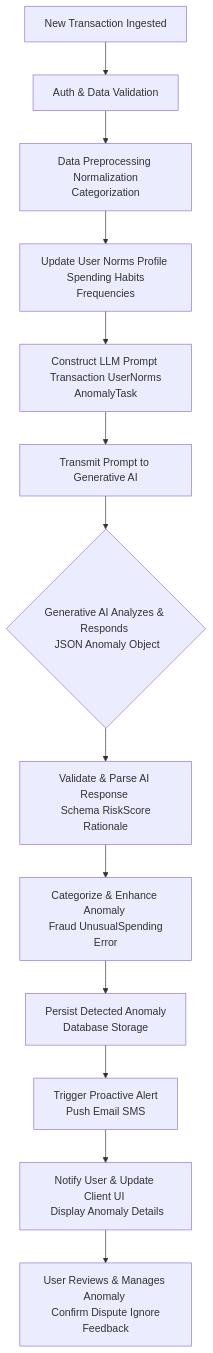
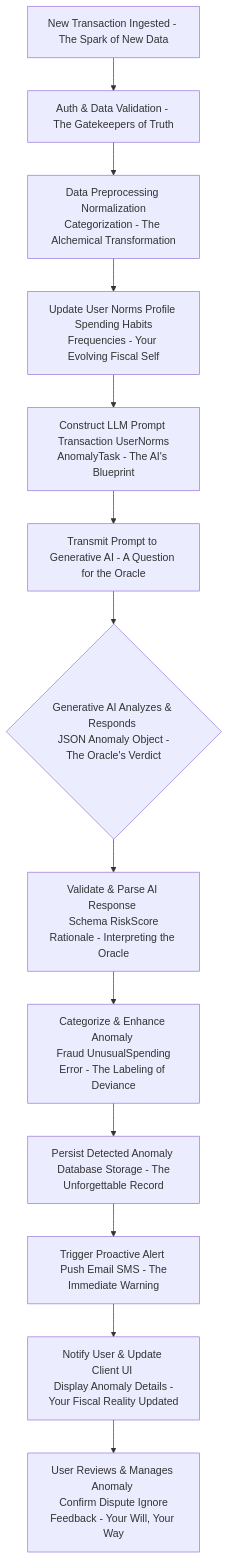
The second of 10 diagrams in inventions/inventions/006_ai_subscription_detection/009_ai_financial_anomaly_detection.md (diplomat-bit/Citibank_Demo_Business_Inc_Demonstration-), drawn with Mermaid before and after one commit. The commit also changed other lines of this file, not shown here.

````diff
--- a/inventions/inventions/006_ai_subscription_detection/009_ai_financial_anomaly_detection.md
+++ b/inventions/inventions/006_ai_subscription_detection/009_ai_financial_anomaly_detection.md
@@ -77,15 +77,15 @@
 ```mermaid
 graph TD
-    A[New Transaction Ingested] --> B[Auth & Data Validation]
-    B --> C[Data Preprocessing <br/> Normalization Categorization]
-    C --> D[Update User Norms Profile <br/> Spending Habits Frequencies]
-    D --> E[Construct LLM Prompt <br/> Transaction UserNorms AnomalyTask]
-    E --> F[Transmit Prompt to Generative AI]
-    F --> G{Generative AI Analyzes & Responds <br/> JSON Anomaly Object}
-    G --> H[Validate & Parse AI Response <br/> Schema RiskScore Rationale]
-    H --> I[Categorize & Enhance Anomaly <br/> Fraud UnusualSpending Error]
-    I --> J[Persist Detected Anomaly <br/> Database Storage]
-    J --> K[Trigger Proactive Alert <br/> Push Email SMS]
-    K --> L[Notify User & Update Client UI <br/> Display Anomaly Details]
-    L --> M[User Reviews & Manages Anomaly <br/> Confirm Dispute Ignore Feedback]
+    A[New Transaction Ingested - The Spark of New Data] --> B[Auth & Data Validation - The Gatekeepers of Truth]
+    B --> C[Data Preprocessing <br/> Normalization Categorization - The Alchemical Transformation]
+    C --> D[Update User Norms Profile <br/> Spending Habits Frequencies - Your Evolving Fiscal Self]
+    D --> E[Construct LLM Prompt <br/> Transaction UserNorms AnomalyTask - The AI's Blueprint]
+    E --> F[Transmit Prompt to Generative AI - A Question for the Oracle]
+    F --> G{Generative AI Analyzes & Responds <br/> JSON Anomaly Object - The Oracle's Verdict}
+    G --> H[Validate & Parse AI Response <br/> Schema RiskScore Rationale - Interpreting the Oracle]
+    H --> I[Categorize & Enhance Anomaly <br/> Fraud UnusualSpending Error - The Labeling of Deviance]
+    I --> J[Persist Detected Anomaly <br/> Database Storage - The Unforgettable Record]
+    J --> K[Trigger Proactive Alert <br/> Push Email SMS - The Immediate Warning]
+    K --> L[Notify User & Update Client UI <br/> Display Anomaly Details - Your Fiscal Reality Updated]
+    L --> M[User Reviews & Manages Anomaly <br/> Confirm Dispute Ignore Feedback - Your Will, Your Way]
 ```
````
